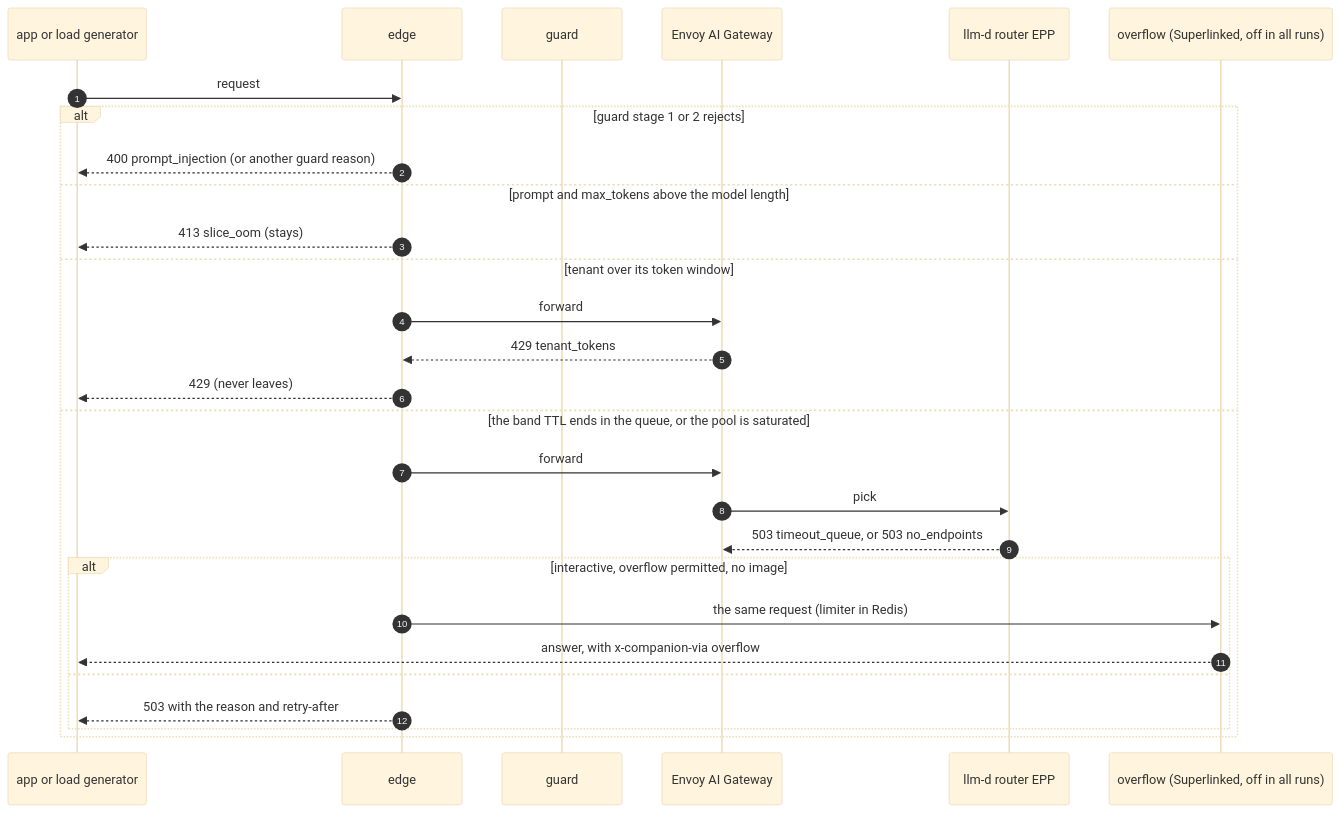
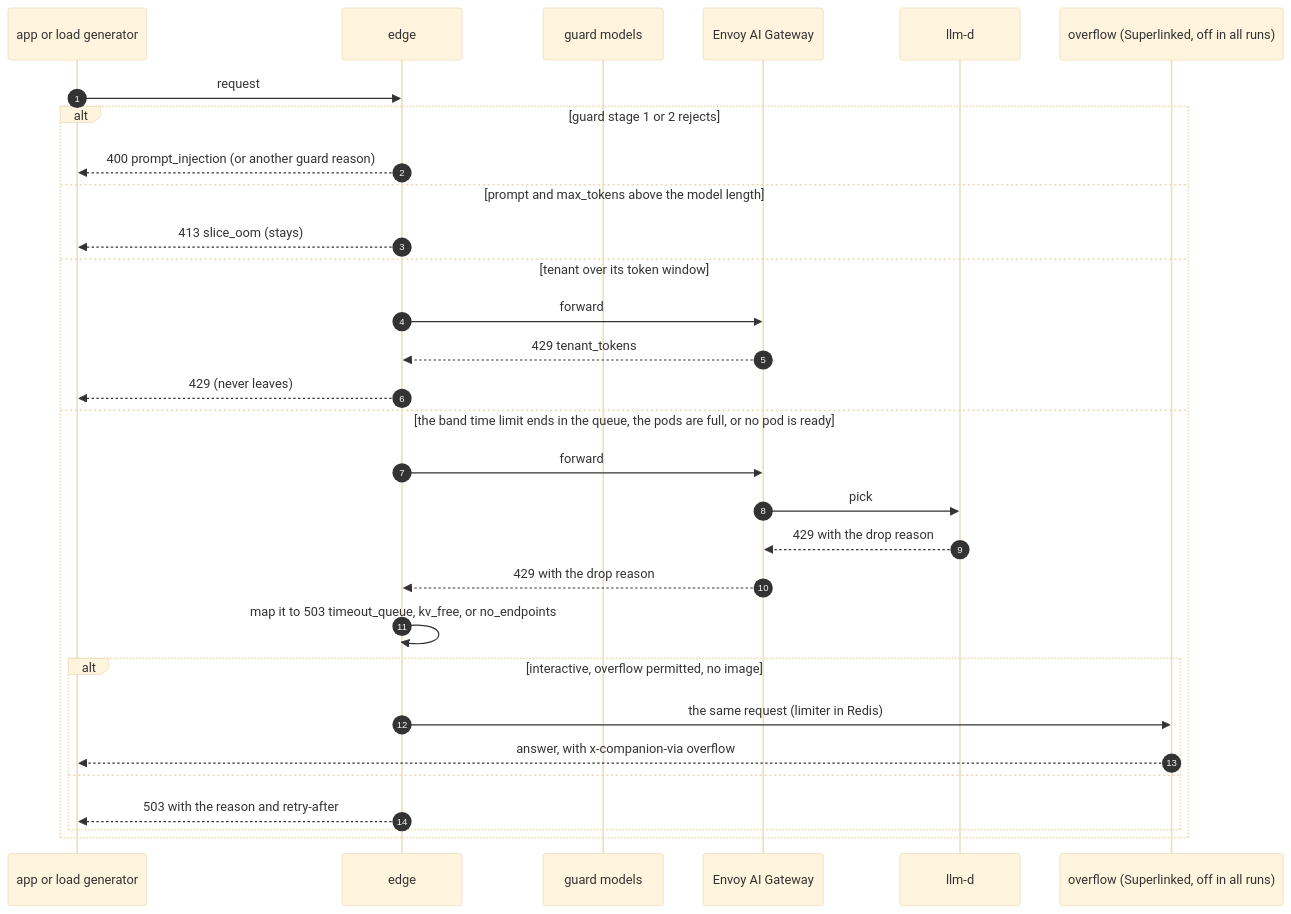
One commit to chetananand/learning-companion-serving changed the ninth of 13 diagrams in docs/spec/09-architecture.md. Above: the diagram before and after it, drawn with Mermaid (base theme). The commit also changed other lines of this file and 4 other files, not shown here.

First line of the commit message:
Docs: one architecture, with the names of the slide diagram everywhere

````diff
--- a/docs/spec/09-architecture.md
+++ b/docs/spec/09-architecture.md
@@ -251,30 +258,32 @@
 ```mermaid
 sequenceDiagram
   autonumber
   participant A as app or load generator
   participant E as edge
-  participant G as guard
+  participant G as guard models
   participant V as Envoy AI Gateway
-  participant R as llm-d router EPP
+  participant R as llm-d
   participant O as overflow (Superlinked, off in all runs)
   A->>E: request
   alt guard stage 1 or 2 rejects
     E-->>A: 400 prompt_injection (or another guard reason)
   else prompt and max_tokens above the model length
     E-->>A: 413 slice_oom (stays)
   else tenant over its token window
     E->>V: forward
     V-->>E: 429 tenant_tokens
     E-->>A: 429 (never leaves)
-  else the band TTL ends in the queue, or the pool is saturated
+  else the band time limit ends in the queue, the pods are full, or no pod is ready
     E->>V: forward
     V->>R: pick
-    R-->>V: 503 timeout_queue, or 503 no_endpoints
+    R-->>V: 429 with the drop reason
+    V-->>E: 429 with the drop reason
+    E->>E: map it to 503 timeout_queue, kv_free, or no_endpoints
     alt interactive, overflow permitted, no image
       E->>O: the same request (limiter in Redis)
       O-->>A: answer, with x-companion-via overflow
     else
       E-->>A: 503 with the reason and retry-after
     end
   end
 ```
````
